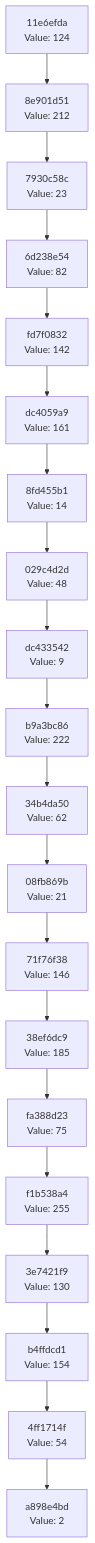
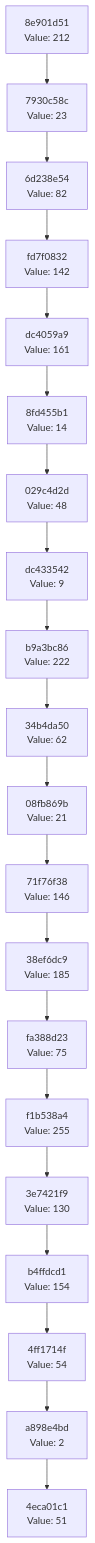
The diagram in docs/CHAIN_VISUALIZATION.md (Abhisheksinha1506/hash-chain-evolver), drawn with Mermaid before and after one commit. The commit also changed 2 other files, not shown here.

Commit message:
Evolution Step

````diff
--- a/docs/CHAIN_VISUALIZATION.md
+++ b/docs/CHAIN_VISUALIZATION.md
@@ -3,42 +3,42 @@
 ```mermaid
 graph TD
-    C0["a898e4bd<br/>Value: 2"]
-    C1["4ff1714f<br/>Value: 54"]
+    C0["4eca01c1<br/>Value: 51"]
+    C1["a898e4bd<br/>Value: 2"]
     C1 --> C0
-    C2["b4ffdcd1<br/>Value: 154"]
+    C2["4ff1714f<br/>Value: 54"]
     C2 --> C1
-    C3["3e7421f9<br/>Value: 130"]
+    C3["b4ffdcd1<br/>Value: 154"]
     C3 --> C2
-    C4["f1b538a4<br/>Value: 255"]
+    C4["3e7421f9<br/>Value: 130"]
     C4 --> C3
-    C5["fa388d23<br/>Value: 75"]
+    C5["f1b538a4<br/>Value: 255"]
     C5 --> C4
-    C6["38ef6dc9<br/>Value: 185"]
+    C6["fa388d23<br/>Value: 75"]
     C6 --> C5
-    C7["71f76f38<br/>Value: 146"]
+    C7["38ef6dc9<br/>Value: 185"]
     C7 --> C6
-    C8["08fb869b<br/>Value: 21"]
+    C8["71f76f38<br/>Value: 146"]
     C8 --> C7
-    C9["34b4da50<br/>Value: 62"]
+    C9["08fb869b<br/>Value: 21"]
     C9 --> C8
-    C10["b9a3bc86<br/>Value: 222"]
+    C10["34b4da50<br/>Value: 62"]
     C10 --> C9
-    C11["dc433542<br/>Value: 9"]
+    C11["b9a3bc86<br/>Value: 222"]
     C11 --> C10
-    C12["029c4d2d<br/>Value: 48"]
+    C12["dc433542<br/>Value: 9"]
     C12 --> C11
-    C13["8fd455b1<br/>Value: 14"]
+    C13["029c4d2d<br/>Value: 48"]
     C13 --> C12
-    C14["dc4059a9<br/>Value: 161"]
+    C14["8fd455b1<br/>Value: 14"]
     C14 --> C13
-    C15["fd7f0832<br/>Value: 142"]
+    C15["dc4059a9<br/>Value: 161"]
     C15 --> C14
-    C16["6d238e54<br/>Value: 82"]
+    C16["fd7f0832<br/>Value: 142"]
     C16 --> C15
-    C17["7930c58c<br/>Value: 23"]
+    C17["6d238e54<br/>Value: 82"]
     C17 --> C16
-    C18["8e901d51<br/>Value: 212"]
+    C18["7930c58c<br/>Value: 23"]
     C18 --> C17
-    C19["11e6efda<br/>Value: 124"]
+    C19["8e901d51<br/>Value: 212"]
     C19 --> C18
 ```
````
